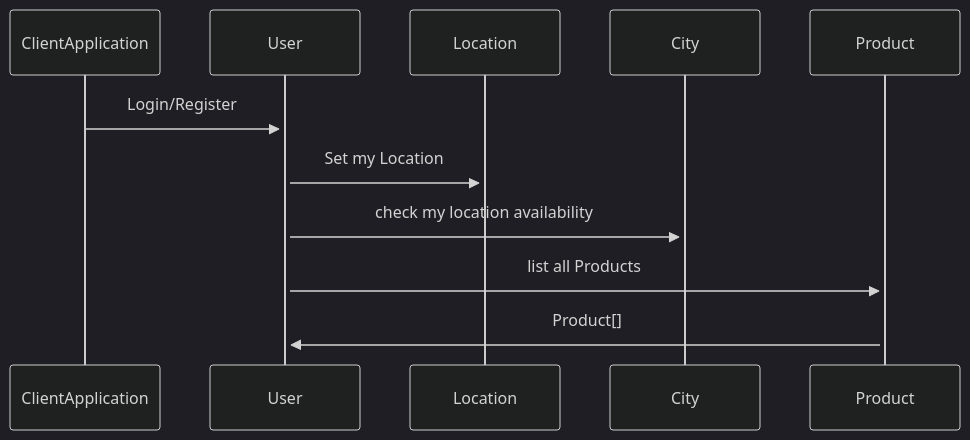
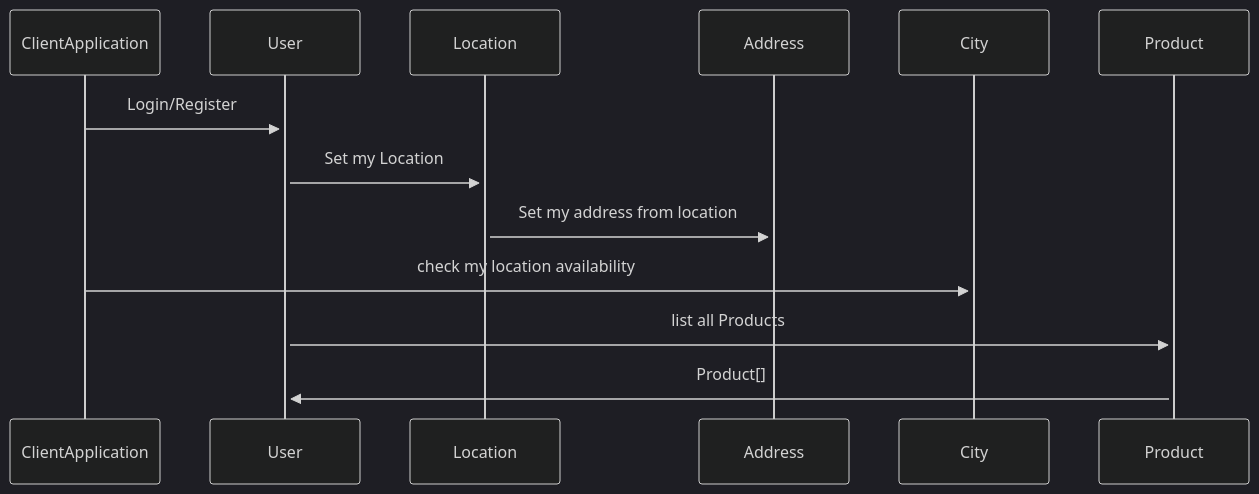
One commit to joussin/api_allopico_old changed the second of 6 diagrams in readme.md. Above: the diagram before and after it, drawn with Mermaid (dark theme).

````diff
--- a/readme.md
+++ b/readme.md
@@ -183,13 +183,15 @@
 ```mermaid
 sequenceDiagram
 
 ClientApplication->>+User: Login/Register
 
 User->>+Location: Set my Location
 
-User->>+City: check my location availability
+Location->>+Address: Set my address from location
+
+ClientApplication->>+City: check my location availability
 
 User->>+Product: list all Products
 
 Product->>+User: Product[]
 ```
````
